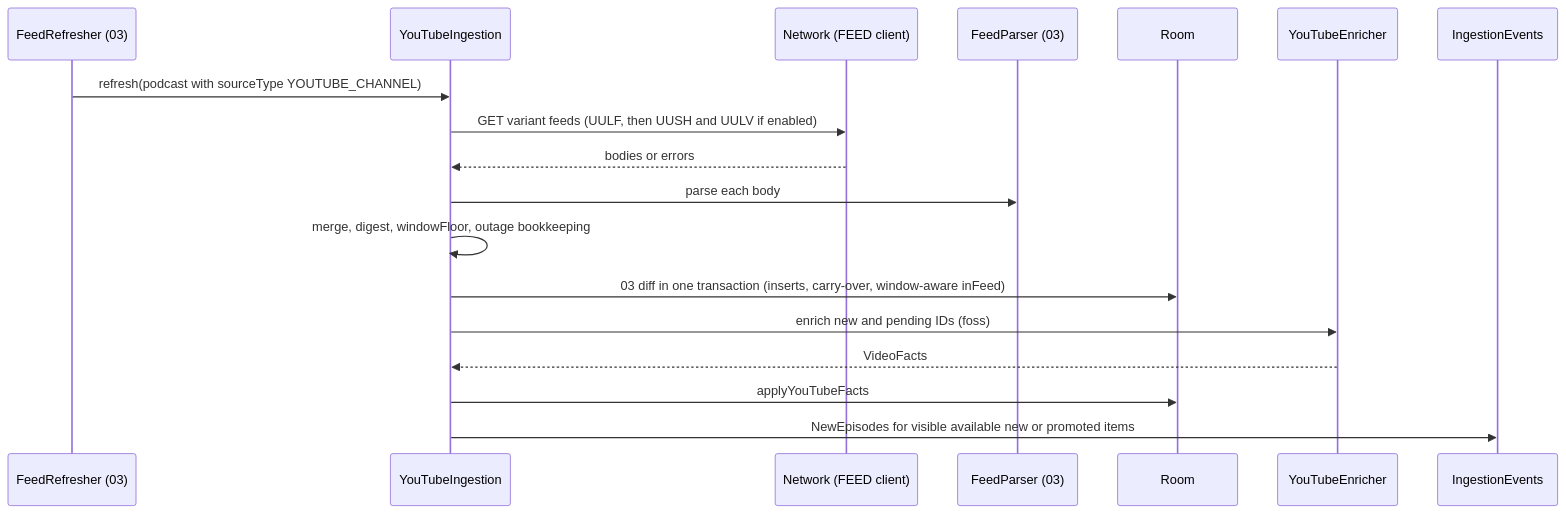
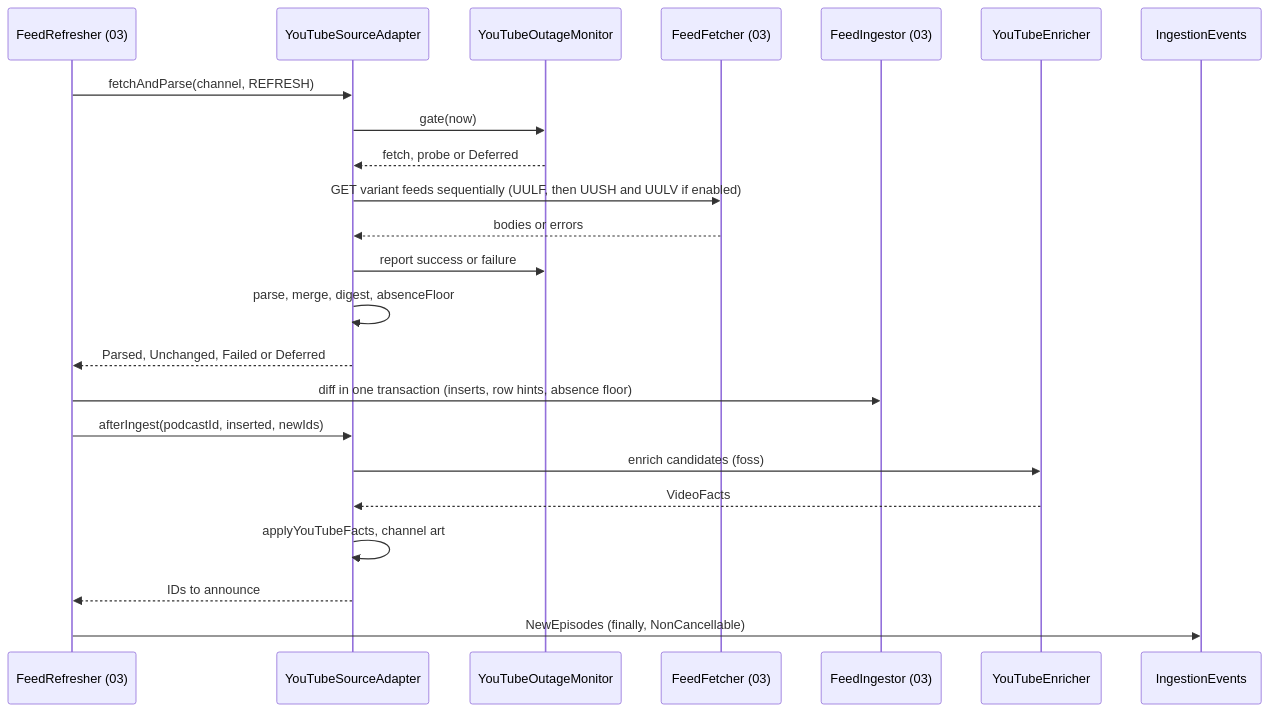
Before and after one commit to BigBoyDevBox/Neutrodyne: the fourth of 5 diagrams in docs/design/04-youtube.md, drawn with Mermaid. The commit also changed other lines of this file and 1 other file, not shown here.

````diff
--- a/docs/design/04-youtube.md
+++ b/docs/design/04-youtube.md
@@ -553,20 +587,25 @@
 ```mermaid
 sequenceDiagram
   participant E as FeedRefresher (03)
-  participant Y as YouTubeIngestion
-  participant N as Network (FEED client)
-  participant P as FeedParser (03)
-  participant D as Room
+  participant Y as YouTubeSourceAdapter
+  participant M as YouTubeOutageMonitor
+  participant N as FeedFetcher (03)
+  participant I as FeedIngestor (03)
   participant X as YouTubeEnricher
   participant V as IngestionEvents
-  E->>Y: refresh(podcast with sourceType YOUTUBE_CHANNEL)
-  Y->>N: GET variant feeds (UULF, then UUSH and UULV if enabled)
+  E->>Y: fetchAndParse(channel, REFRESH)
+  Y->>M: gate(now)
+  M-->>Y: fetch, probe or Deferred
+  Y->>N: GET variant feeds sequentially (UULF, then UUSH and UULV if enabled)
   N-->>Y: bodies or errors
-  Y->>P: parse each body
-  Y->>Y: merge, digest, windowFloor, outage bookkeeping
-  Y->>D: 03 diff in one transaction (inserts, carry-over, window-aware inFeed)
-  Y->>X: enrich new and pending IDs (foss)
+  Y->>M: report success or failure
+  Y->>Y: parse, merge, digest, absenceFloor
+  Y-->>E: Parsed, Unchanged, Failed or Deferred
+  E->>I: diff in one transaction (inserts, row hints, absence floor)
+  E->>Y: afterIngest(podcastId, inserted, newIds)
+  Y->>X: enrich candidates (foss)
   X-->>Y: VideoFacts
-  Y->>D: applyYouTubeFacts
-  Y->>V: NewEpisodes for visible available new or promoted items
+  Y->>Y: applyYouTubeFacts, channel art
+  Y-->>E: IDs to announce
+  E->>V: NewEpisodes (finally, NonCancellable)
 ```
````
